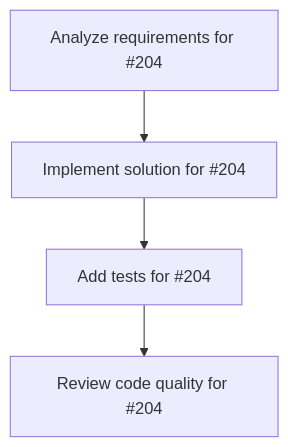
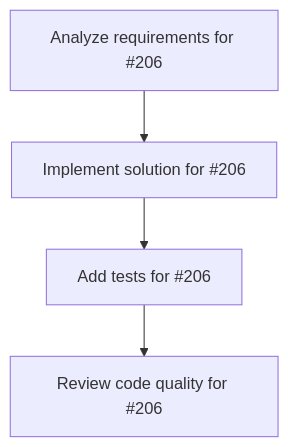
One commit to ShunsukeHayashi/miyabi-code changed the diagram in Plans.md. Above: the diagram before and after it, drawn with Mermaid. The commit also changed other lines of this file, not shown here.

First line of the commit message:
feat(plans): update task decomposition for issue #206

````diff
--- a/Plans.md
+++ b/Plans.md
@@ -103,10 +105,10 @@
 ```mermaid
 graph TD
-    task_204_analysis["Analyze requirements for #204"]
-    task_204_impl["Implement solution for #204"]
-    task_204_test["Add tests for #204"]
-    task_204_review["Review code quality for #204"]
-    task_204_analysis --> task_204_impl
-    task_204_impl --> task_204_test
-    task_204_test --> task_204_review
+    task_206_analysis["Analyze requirements for #206"]
+    task_206_impl["Implement solution for #206"]
+    task_206_test["Add tests for #206"]
+    task_206_review["Review code quality for #206"]
+    task_206_analysis --> task_206_impl
+    task_206_impl --> task_206_test
+    task_206_test --> task_206_review
 ```
````
